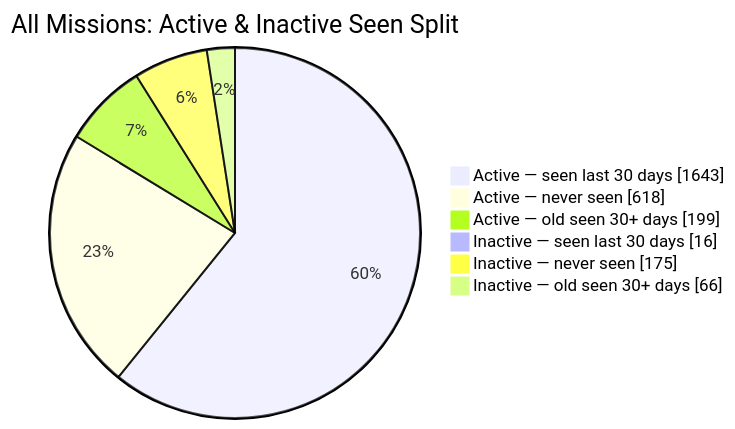
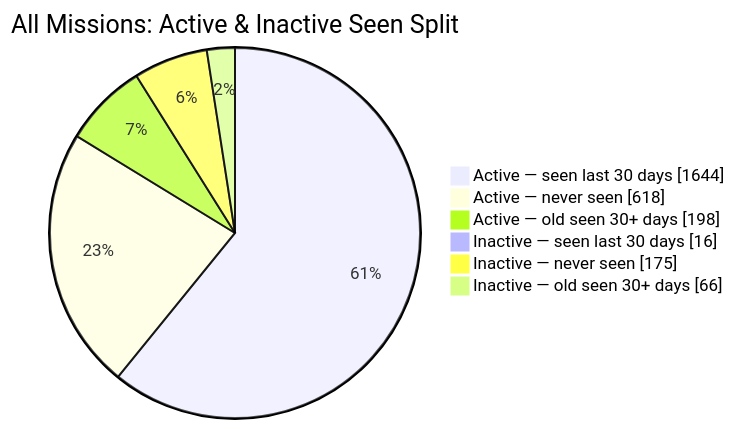
One commit to MeldkamerspelGameTeam/active-missions changed the second of 2 diagrams in README.md. Above: the diagram before and after it, drawn with Mermaid. The commit also changed other lines of this file and 2 other files, not shown here.

````diff
--- a/README.md
+++ b/README.md
@@ -44,10 +44,10 @@
 ```mermaid
 pie showData
     title All Missions: Active & Inactive Seen Split
-    "Active — seen last 30 days" : 1643
+    "Active — seen last 30 days" : 1644
     "Active — never seen" : 618
-    "Active — old seen 30+ days" : 199
+    "Active — old seen 30+ days" : 198
     "Inactive — seen last 30 days" : 16
     "Inactive — never seen" : 175
     "Inactive — old seen 30+ days" : 66
 ```
````
